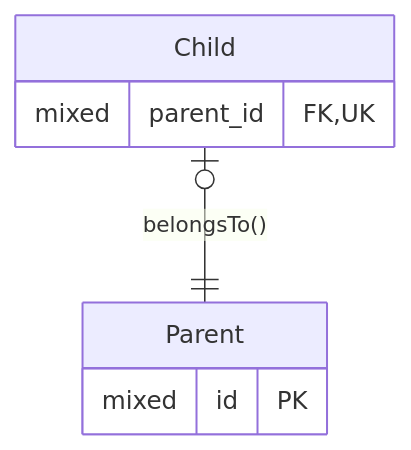
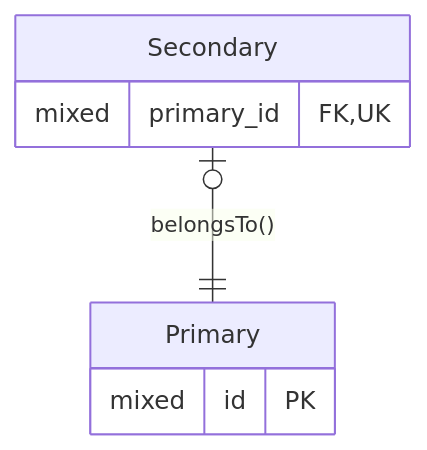
Before and after one commit to judgej/laravel-stuff: the second of 2 diagrams in model-relationships/one-to-one.md, drawn with Mermaid. The commit also changed other lines of this file and 3 other files, not shown here.

````diff
--- a/model-relationships/one-to-one.md
+++ b/model-relationships/one-to-one.md
@@ -56,10 +56,10 @@
 ```mermaid
 erDiagram
-    Child o|--|| Parent : "belongsTo()"
-    Parent {
+    Secondary o|--|| Primary : "belongsTo()"
+    Primary {
         mixed id PK
     }
-    Child {
-        mixed parent_id FK,UK
+    Secondary {
+        mixed primary_id FK,UK
     }
 ```
````
